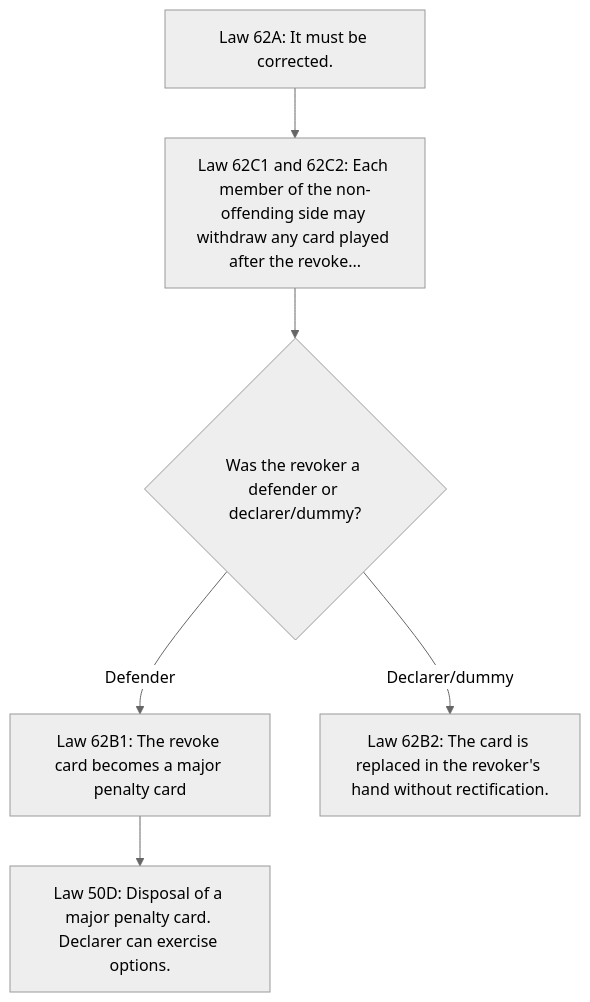
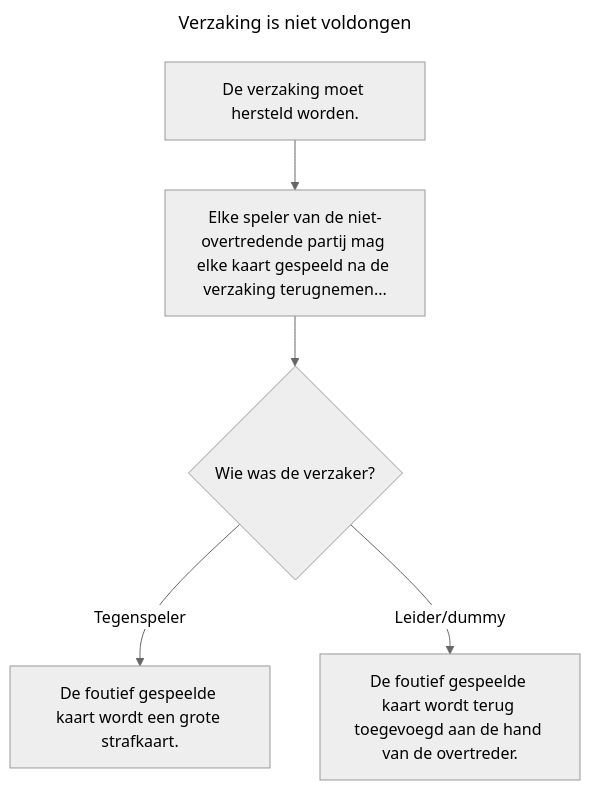
Before and after one commit to tcorneli/CTL-instructies: the diagram in verzaking-niet-voldongen.md, drawn with Mermaid (neutral theme).

Commit message:
Update mermaid diagram for verzaking explanation

````diff
--- a/verzaking-niet-voldongen.md
+++ b/verzaking-niet-voldongen.md
@@ -1,8 +1,10 @@
 ```mermaid
+---
+title: Verzaking is niet voldongen
+---
 graph TD
-    A[Law 62A: It must be corrected.] --> B[Law 62C1 and 62C2: Each member of the non-offending side may withdraw any card played after the revoke...]
-    B --> C{Was the revoker a defender or declarer/dummy?}
-    C -->|Defender| D[Law 62B1: The revoke card becomes a major penalty card]
-    C -->|Declarer/dummy| E[Law 62B2: The card is replaced in the revoker's hand without rectification.]
-    D --> F[Law 50D: Disposal of a major penalty card. Declarer can exercise options.]
+    A[De verzaking moet hersteld worden.] --> B[Elke speler van de niet-overtredende partij mag elke kaart gespeeld na de verzaking terugnemen...]
+    B --> C{Wie was de verzaker?}
+    C -->|Tegenspeler| D[De foutief gespeelde kaart wordt een grote strafkaart.]
+    C -->|Leider/dummy| E[De foutief gespeelde kaart wordt terug toegevoegd aan de hand van de overtreder.]
 ```
````
